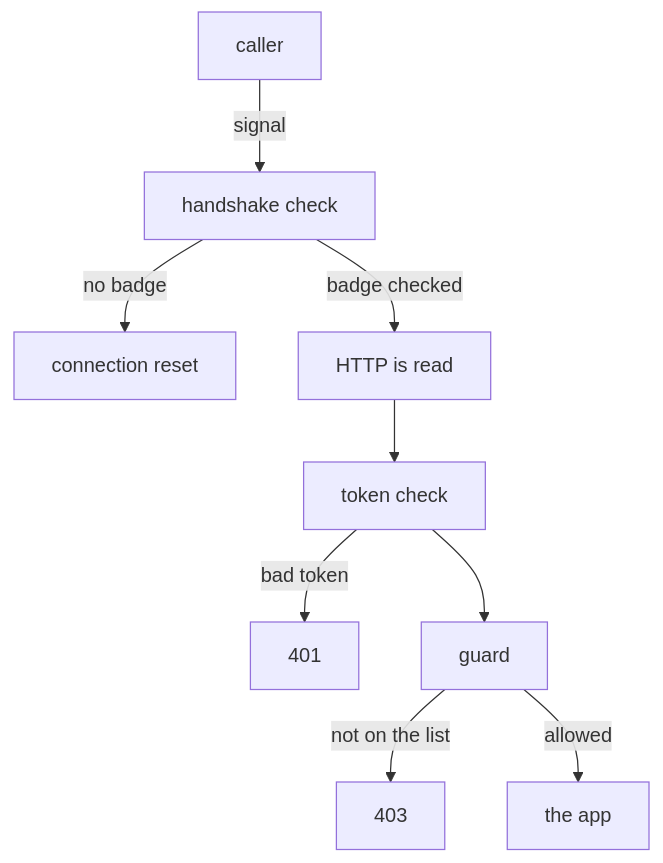
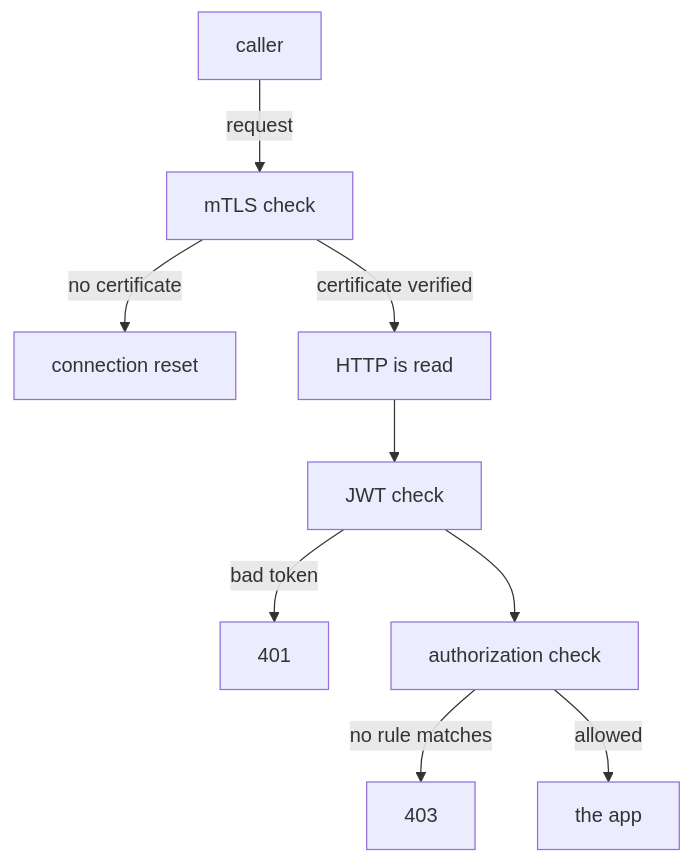
One commit to astrona-io/ATS015 changed the diagram in sections/section-020/module-01/course-01-the-guard-at-the-airlock.md. Above: the diagram before and after it, drawn with Mermaid. The commit also changed other lines of this file and 42 other files, not shown here.

````diff
--- a/sections/section-020/module-01/course-01-the-guard-at-the-airlock.md
+++ b/sections/section-020/module-01/course-01-the-guard-at-the-airlock.md
@@ -15,11 +15,11 @@
 ```mermaid
 flowchart TB
-    S["caller"] -->|"signal"| H["handshake check"]
-    H -->|"no badge"| X["connection reset"]
-    H -->|"badge checked"| P["HTTP is read"]
-    P --> J["token check"]
+    S["caller"] -->|"request"| H["mTLS check"]
+    H -->|"no certificate"| X["connection reset"]
+    H -->|"certificate verified"| P["HTTP is read"]
+    P --> J["JWT check"]
     J -->|"bad token"| E1["401"]
-    J --> G["guard"]
-    G -->|"not on the list"| E2["403"]
+    J --> G["authorization check"]
+    G -->|"no rule matches"| E2["403"]
     G -->|"allowed"| A["the app"]
 ```
````
